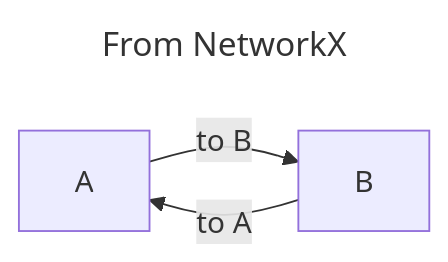
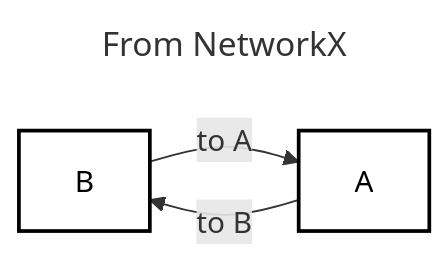
One commit to blakeaw/mergram changed the second of 2 diagrams in README.md. Above: the diagram before and after it, drawn with Mermaid. The commit also changed other lines of this file and 3 other files, not shown here.

````diff
--- a/README.md
+++ b/README.md
@@ -99,10 +105,12 @@
 ```mermaid
 ---
  title: From NetworkX
 ---
 flowchart LR
-    A@{ shape: rect, label: A, fill: #fff, stroke: #000, stroke-width: 2px }
-    B@{ shape: rect, label: B, fill: #fff, stroke: #000, stroke-width: 2px }
+    B@{ shape: rect, label: B }
+    A@{ shape: rect, label: A }
     A-->|to B|B
     B-->|to A|A
+    style A fill:#fff, stroke:#000, stroke-width:2px, color:#000
+    style B fill:#fff, stroke:#000, stroke-width:2px, color:#000
 ```
````
